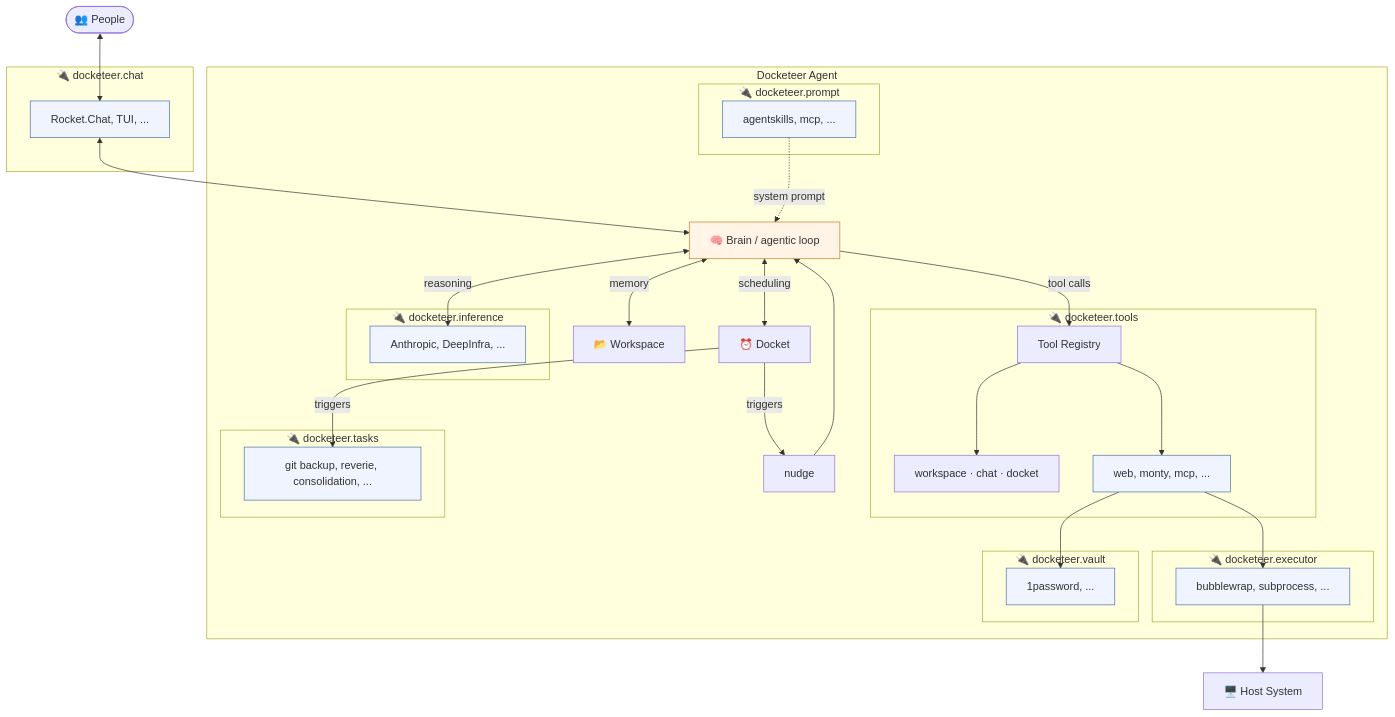
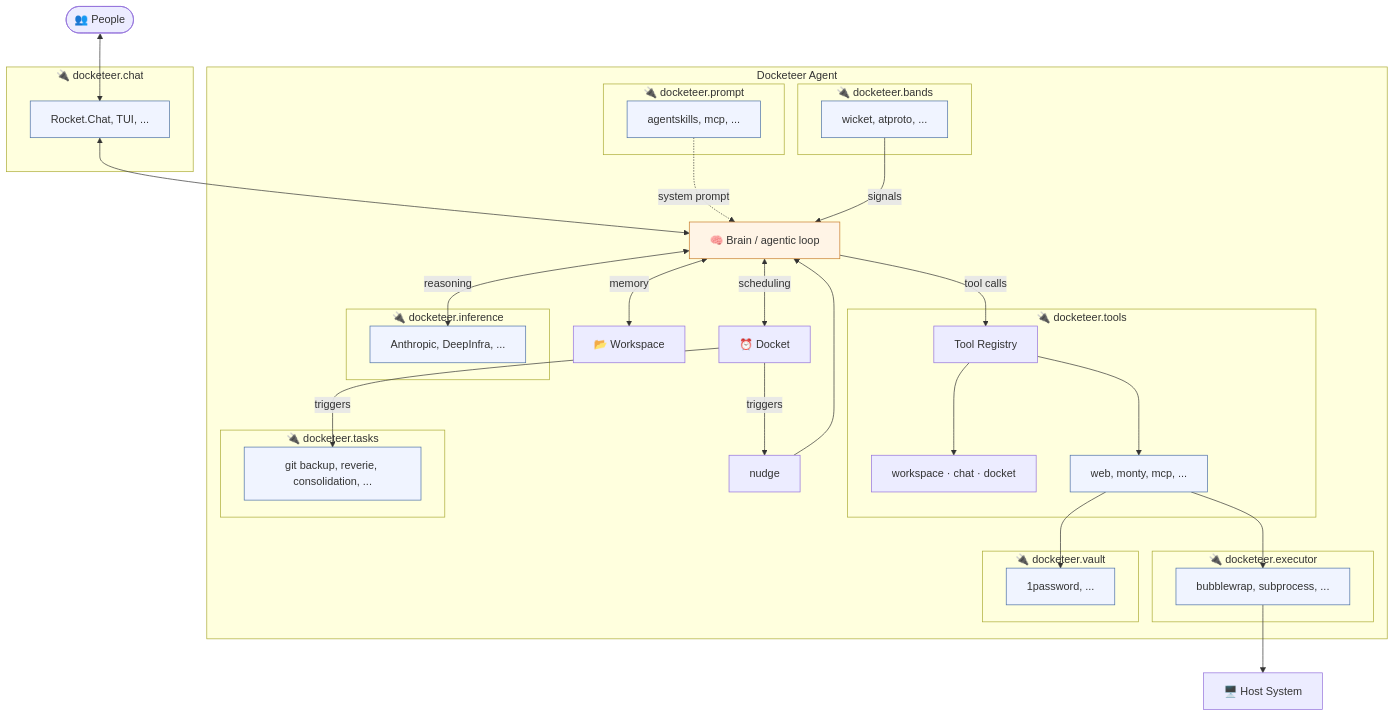
The diagram in README.md (chrisguidry/docketeer), drawn with Mermaid before and after one commit. The commit also changed other lines of this file and 27 other files, not shown here.

````diff
--- a/README.md
+++ b/README.md
@@ -69,61 +69,66 @@
 ```mermaid
 graph TD
     People(["👥 People"])
     People <--> ChatClient
 
     subgraph chat ["🔌 docketeer.chat"]
         ChatClient["Rocket.Chat, TUI, ..."]
     end
 
     ChatClient <--> Brain
 
     subgraph agent ["Docketeer Agent"]
         Brain["🧠 Brain / agentic loop"]
 
         subgraph inference ["🔌 docketeer.inference"]
             API["Anthropic, DeepInfra, ..."]
         end
         Brain <-- "reasoning" --> API
         Brain <-- "memory" --> Workspace["📂 Workspace"]
         Brain <-- "scheduling" --> Docket["⏰ Docket"]
 
         Docket -- triggers --> CoreTasks["nudge"]
         CoreTasks --> Brain
 
         subgraph prompt ["🔌 docketeer.prompt"]
             Prompts["agentskills, mcp, ..."]
         end
         Prompts -. system prompt .-> Brain
 
         Brain -- tool calls --> Registry
         subgraph tools ["🔌 docketeer.tools"]
             Registry["Tool Registry"]
             CoreTools["workspace · chat · docket"]
             PluginTools["web, monty, mcp, ..."]
         end
         Registry --> CoreTools
         Registry --> PluginTools
 
         Docket -- triggers --> PluginTasks
         subgraph tasks ["🔌 docketeer.tasks"]
             PluginTasks["git backup, reverie, consolidation, ..."]
         end
 
+        subgraph bands ["🔌 docketeer.bands"]
+            Bands["wicket, atproto, ..."]
+        end
+        Bands -- signals --> Brain
+
         subgraph executor ["🔌 docketeer.executor"]
             Sandbox["bubblewrap, subprocess, ..."]
         end
         PluginTools --> Sandbox
 
         subgraph vault ["🔌 docketeer.vault"]
             Secrets["1password, ..."]
         end
         PluginTools --> Secrets
     end
 
     Sandbox --> Host["🖥️ Host System"]
 
     classDef plugin fill:#f0f4ff,stroke:#4a6fa5
     classDef core fill:#fff4e6,stroke:#c77b2a
-    class API,ChatClient,Prompts,PluginTools,Sandbox,Secrets,PluginTasks plugin
+    class API,ChatClient,Prompts,PluginTools,Sandbox,Secrets,PluginTasks,Bands plugin
     class Brain core
 ```
````
